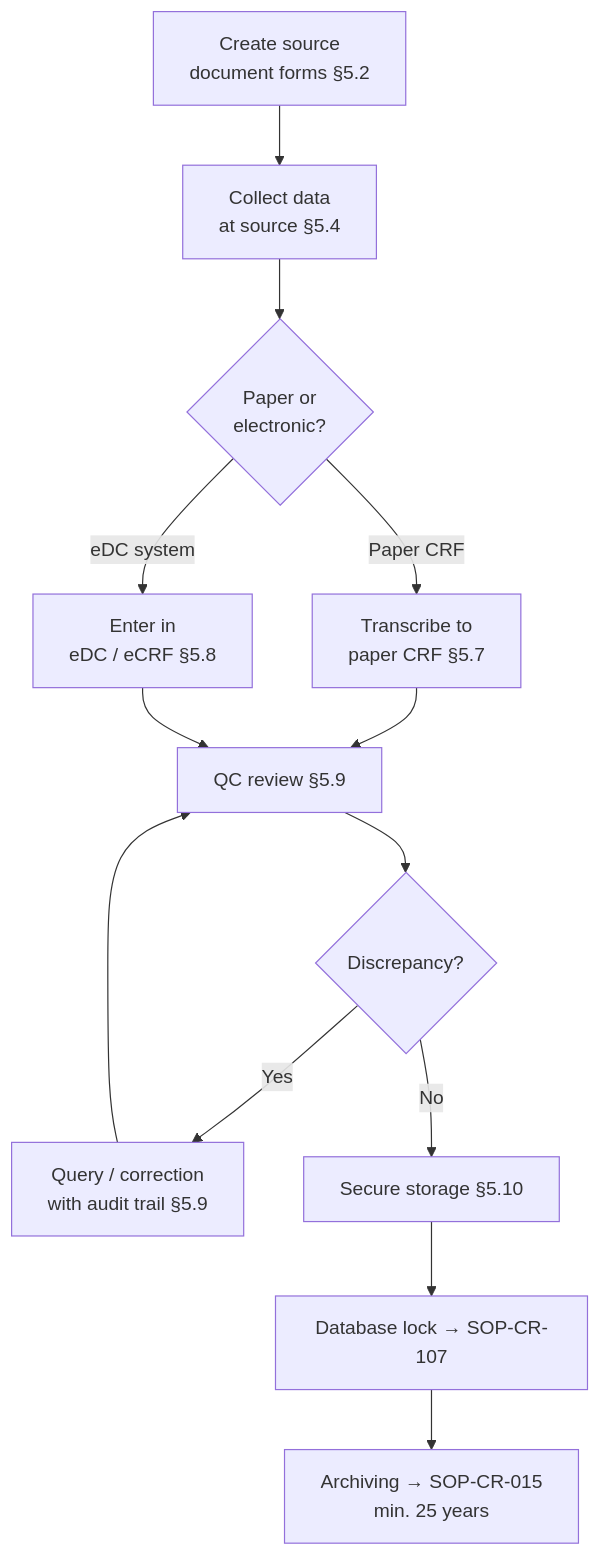
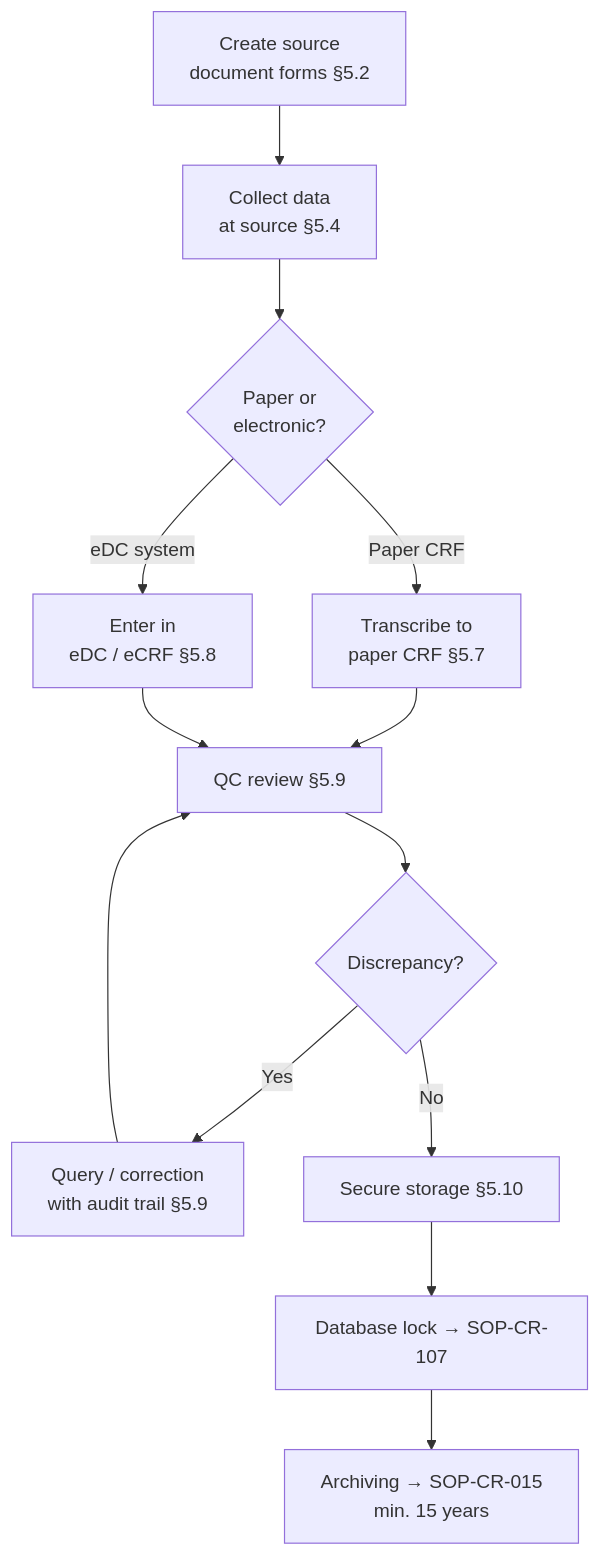
Before and after one commit to matthewfiorentino/docs: the diagram in sops/cr-014.mdx, drawn with Mermaid. The commit also changed 72 other files, not shown here.

````diff
--- a/sops/cr-014.mdx
+++ b/sops/cr-014.mdx
@@ -84,15 +84,15 @@
 ```mermaid
 flowchart TD
     A["Create source\ndocument forms §5.2"] --> B["Collect data\nat source §5.4"]
     B --> C{"Paper or\nelectronic?"}
     C -- "Paper CRF" --> D["Transcribe to\npaper CRF §5.7"]
     C -- "eDC system" --> E["Enter in\neDC / eCRF §5.8"]
     D --> F["QC review §5.9"]
     E --> F
     F --> G{"Discrepancy?"}
     G -- "Yes" --> H["Query / correction\nwith audit trail §5.9"]
     H --> F
     G -- "No" --> I["Secure storage §5.10"]
     I --> J["Database lock → SOP-CR-107"]
-    J --> K["Archiving → SOP-CR-015\nmin. 25 years"]
+    J --> K["Archiving → SOP-CR-015\nmin. 15 years"]
 ```
````
